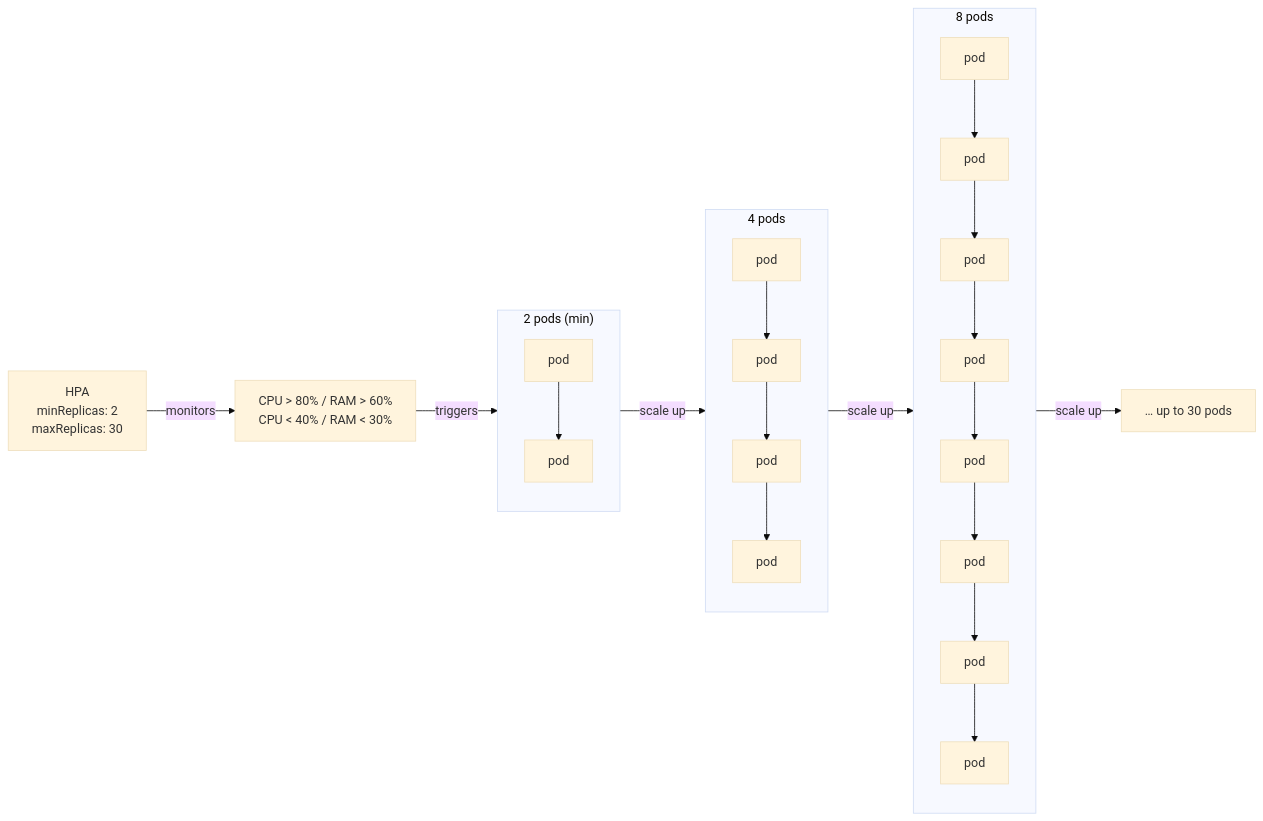
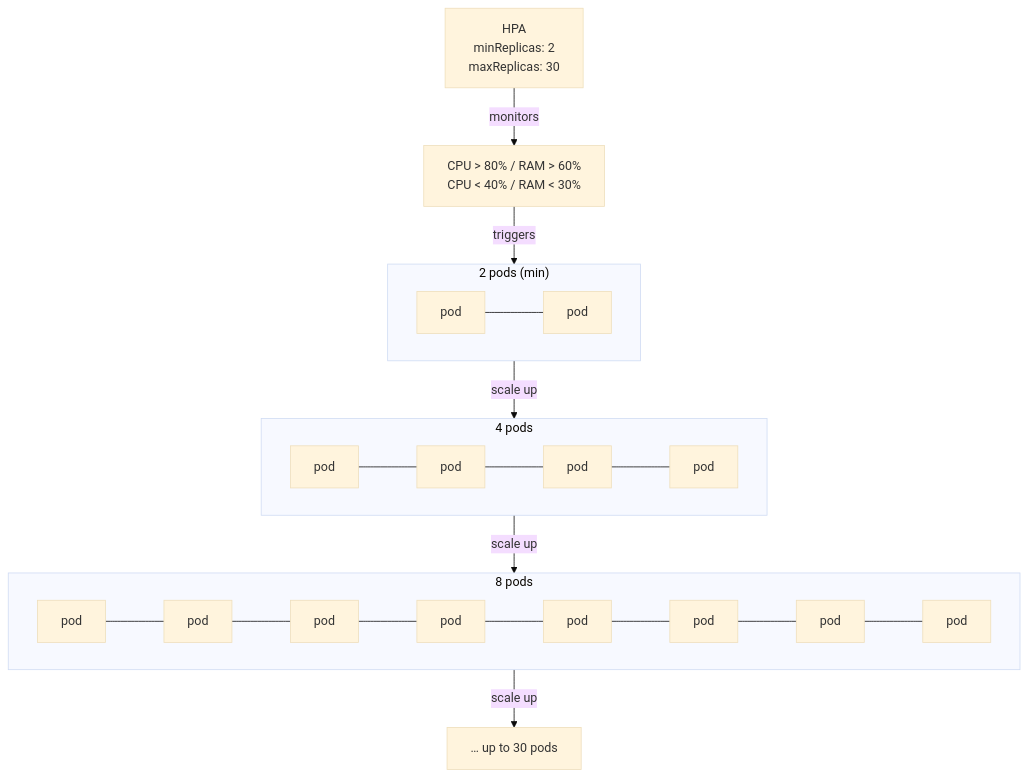
One commit to BugMentor/k6-java-spring-graphql-example changed the first of 5 diagrams in README.md. Above: the diagram before and after it, drawn with Mermaid (base theme).

Commit message:
docs: flowchart TD with direction LR subgraphs

````diff
--- a/README.md
+++ b/README.md
@@ -36,25 +36,28 @@
 ```mermaid
-graph LR
+flowchart TD
     HPA["HPA<br/>minReplicas: 2<br/>maxReplicas: 30"]
     Metrics["CPU > 80% / RAM > 60%<br/>CPU < 40% / RAM < 30%"]
     HPA -->|monitors| Metrics
     Metrics -->|triggers| S2
 
     subgraph S2["2 pods (min)"]
-        P1["pod"] --> P2["pod"]
+        direction LR
+        P1["pod"] --- P2["pod"]
     end
 
     S2 -->|scale up| S4
 
     subgraph S4["4 pods"]
-        Q1["pod"] --> Q2["pod"] --> Q3["pod"] --> Q4["pod"]
+        direction LR
+        Q1["pod"] --- Q2["pod"] --- Q3["pod"] --- Q4["pod"]
     end
 
     S4 -->|scale up| S8
 
     subgraph S8["8 pods"]
-        R1["pod"] --> R2["pod"] --> R3["pod"] --> R4["pod"] --> R5["pod"] --> R6["pod"] --> R7["pod"] --> R8["pod"]
+        direction LR
+        R1["pod"] --- R2["pod"] --- R3["pod"] --- R4["pod"] --- R5["pod"] --- R6["pod"] --- R7["pod"] --- R8["pod"]
     end
 
     S8 -->|scale up| SMAX["… up to 30 pods"]
 ```
````
